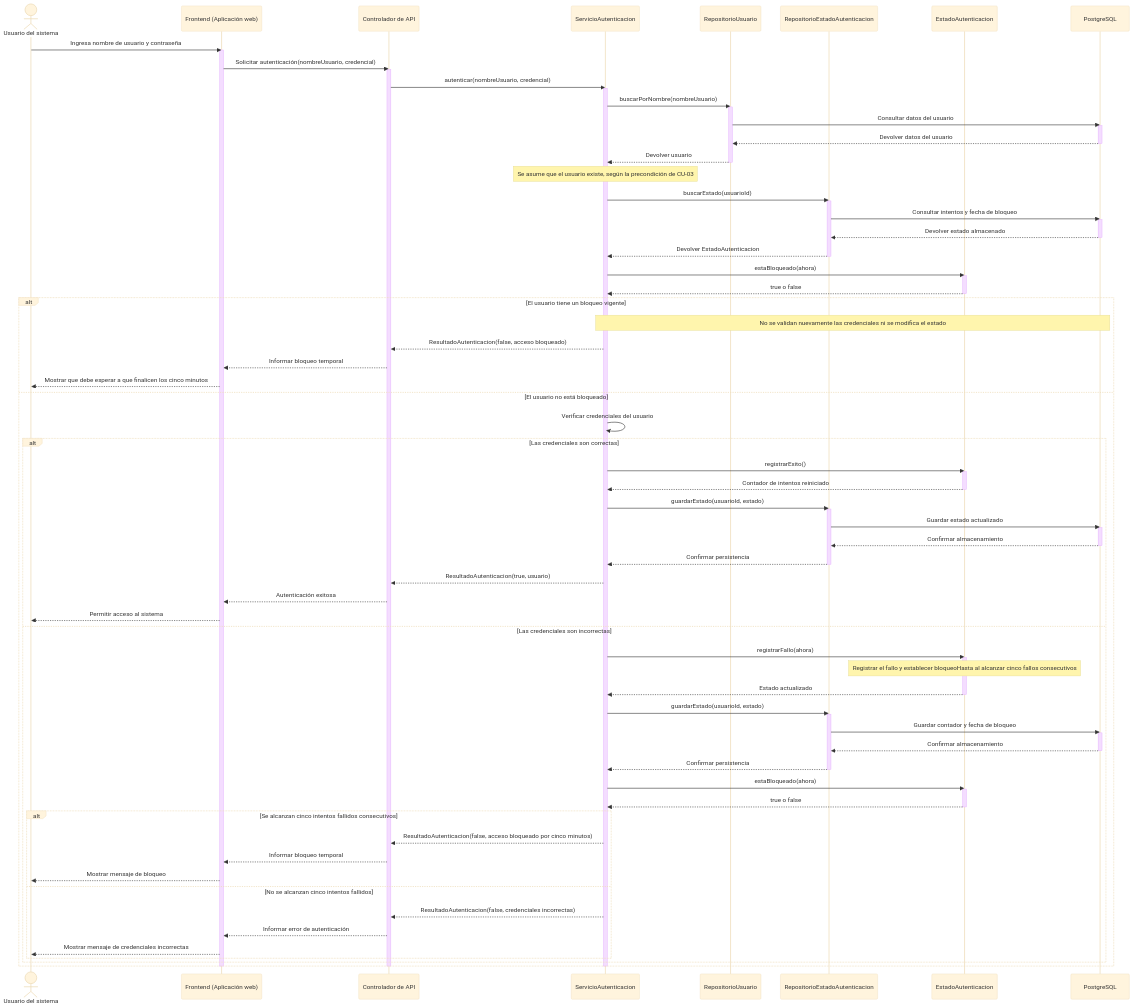
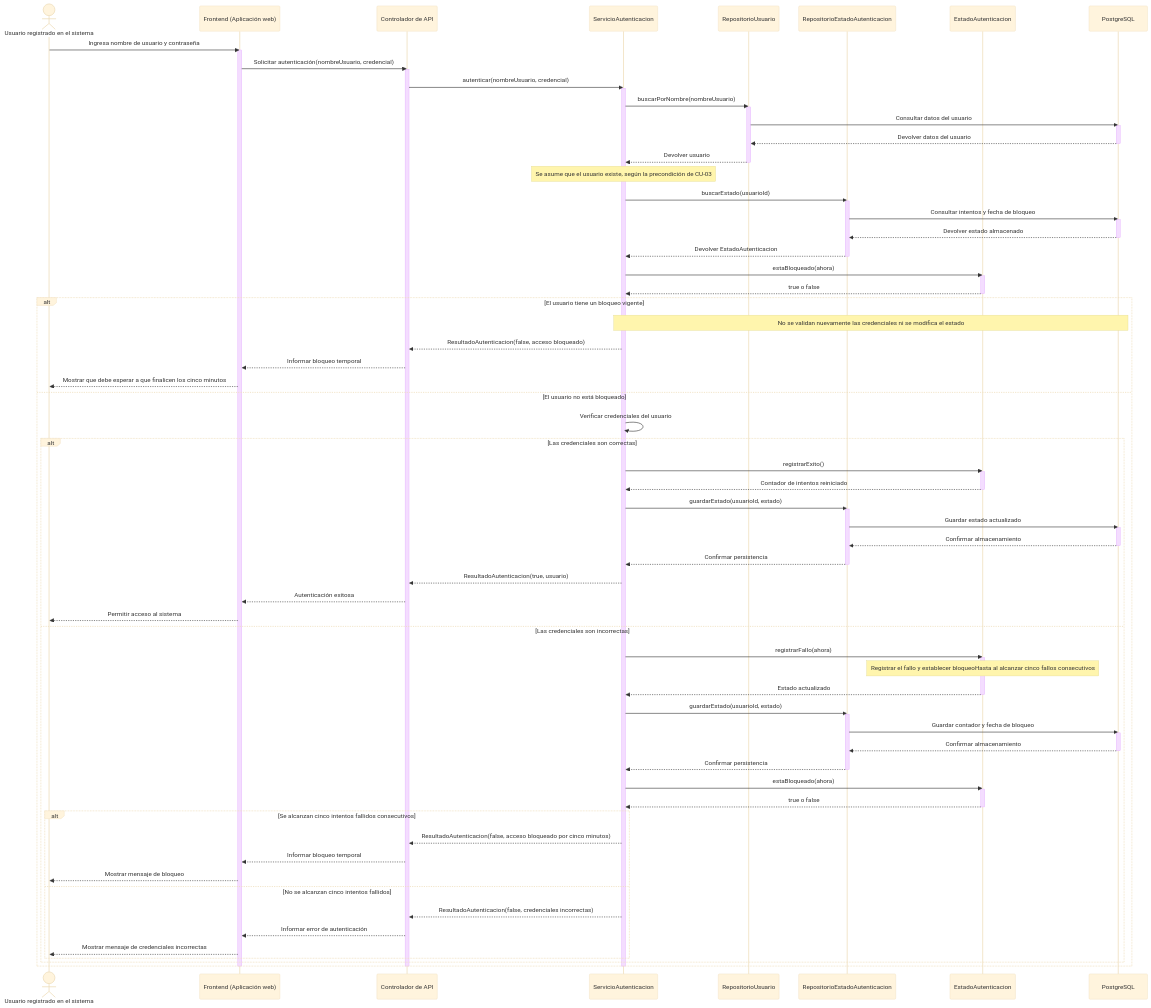
Before and after one commit to anmorenol63/Ingesoft_t6: the first of 2 diagrams in docs/design/02_Diseño_de_Interacción_y_Datos.md, drawn with Mermaid (base theme).

Commit message:
Update actor label in sequence diagram

```diff
--- a/docs/design/02_Diseño_de_Interacción_y_Datos.md
+++ b/docs/design/02_Diseño_de_Interacción_y_Datos.md
@@ -38,7 +38,7 @@
 
 
 sequenceDiagram
-    actor U as Usuario del sistema
+    actor U as Usuario registrado en el sistema
     participant FE as Frontend (Aplicación web)
     participant API as Controlador de API
     participant SA as ServicioAutenticacion
```
